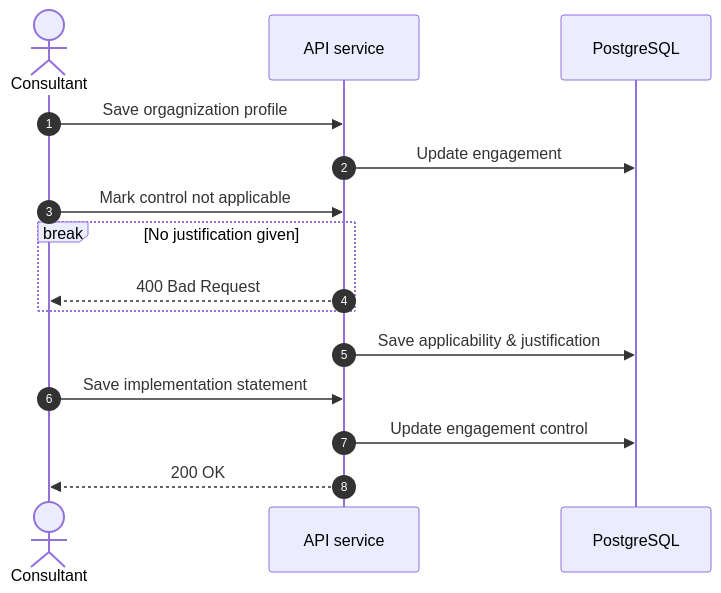
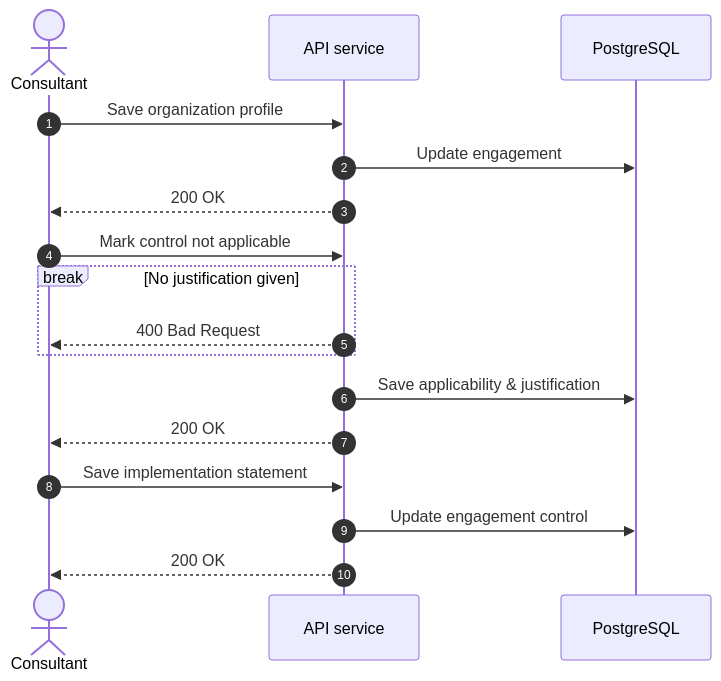
Diagram 19 of 20 in README.md (DavidRHannah/compliance), drawn with Mermaid before and after one commit. The commit also changed other lines of this file, not shown here.

Commit message:
Minor diagram changes

````diff
--- a/README.md
+++ b/README.md
@@ -430,17 +430,19 @@
 ```mermaid
 sequenceDiagram
         autonumber
         actor c as Consultant
         participant api as API service
         participant db as PostgreSQL
-        c->>api: Save orgagnization profile
+        c->>api: Save organization profile
         api->>db: Update engagement
+        api-->>c: 200 OK
         c->>api: Mark control not applicable
         break No justification given
             api-->>c: 400 Bad Request
         end
         api->>db: Save applicability & justification
+        api-->>c: 200 OK
         c->>api: Save implementation statement
         api->>db: Update engagement control
         api-->>c: 200 OK
 ```
````
